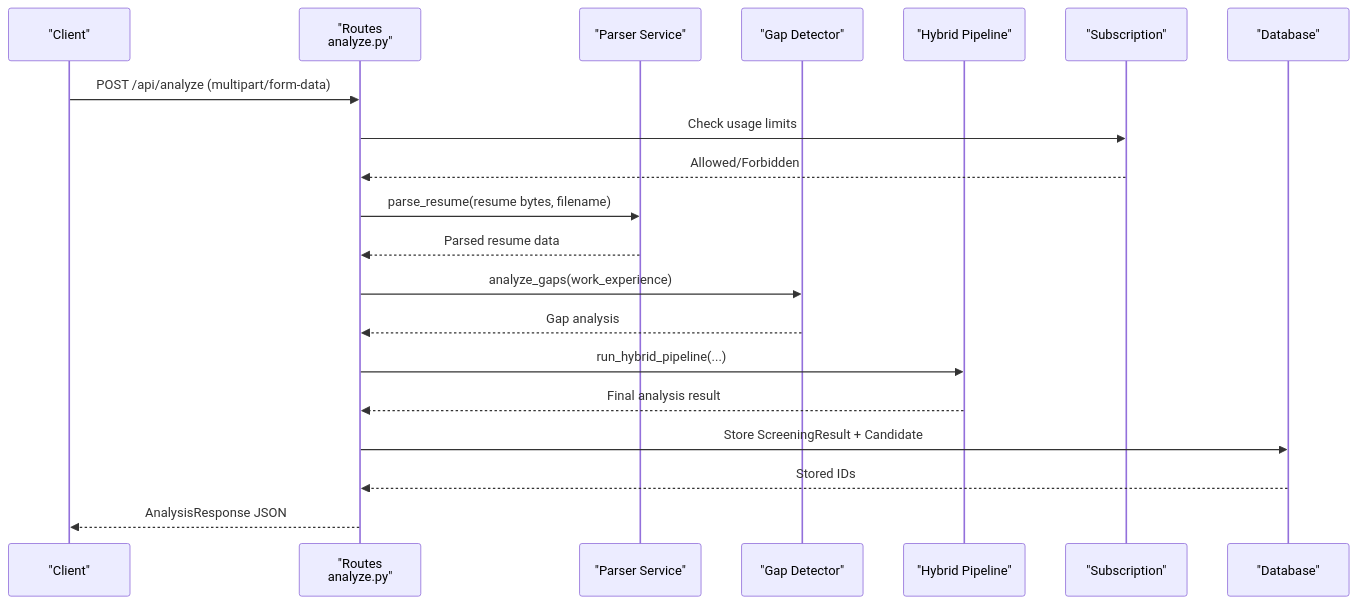
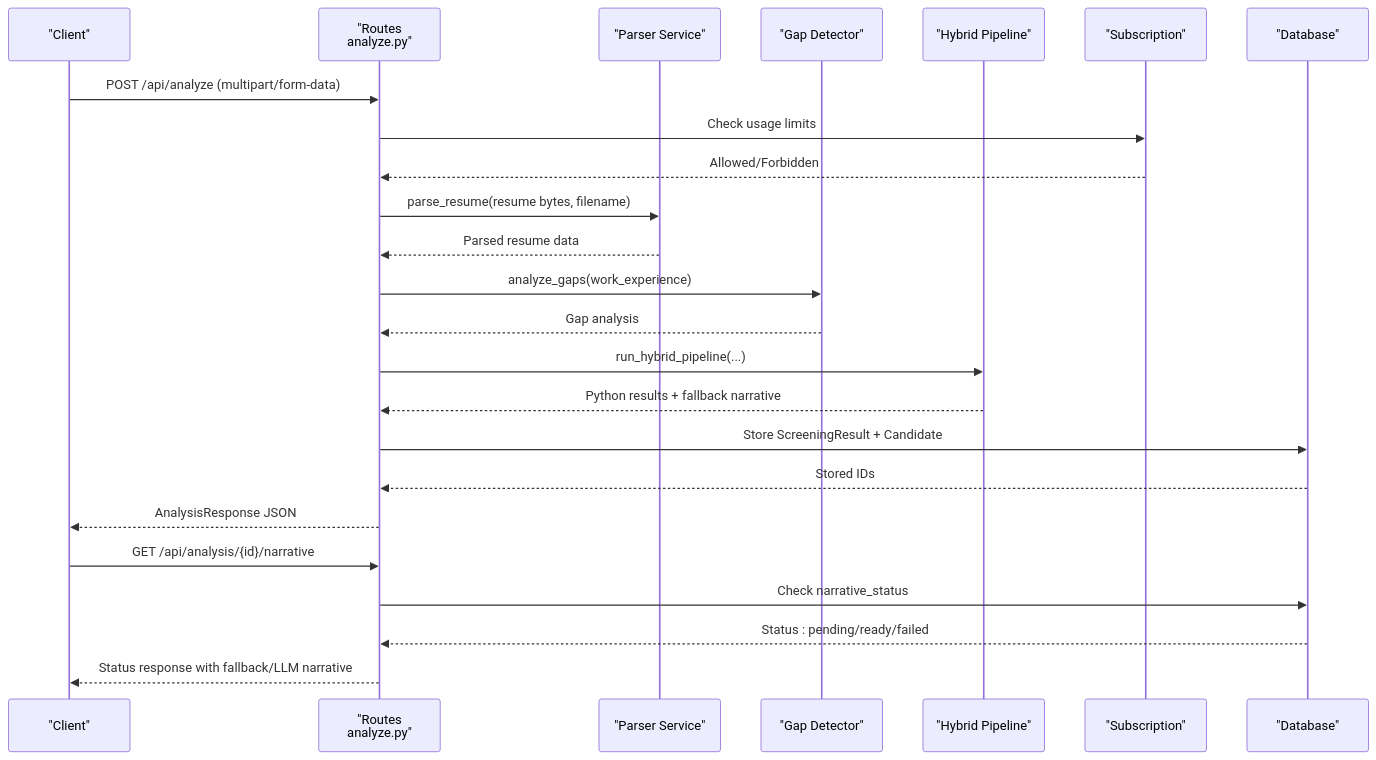
Before and after one commit to Revanththetalogics/aireume: the second of 3 diagrams in .qoder/repowiki/en/content/API Reference/Analysis Endpoints/Analysis Endpoints.md, drawn with Mermaid. The commit also changed other lines of this file and 15 other files, not shown here.

````diff
--- a/.qoder/repowiki/en/content/API Reference/Analysis Endpoints/Analysis Endpoints.md
+++ b/.qoder/repowiki/en/content/API Reference/Analysis Endpoints/Analysis Endpoints.md
@@ -101,22 +113,26 @@
 ```mermaid
 sequenceDiagram
 participant C as "Client"
 participant R as "Routes<br/>analyze.py"
 participant P as "Parser Service"
 participant G as "Gap Detector"
 participant H as "Hybrid Pipeline"
 participant S as "Subscription"
 participant D as "Database"
 C->>R : POST /api/analyze (multipart/form-data)
 R->>S : Check usage limits
 S-->>R : Allowed/Forbidden
 R->>P : parse_resume(resume bytes, filename)
 P-->>R : Parsed resume data
 R->>G : analyze_gaps(work_experience)
 G-->>R : Gap analysis
 R->>H : run_hybrid_pipeline(...)
-H-->>R : Final analysis result
+H-->>R : Python results + fallback narrative
 R->>D : Store ScreeningResult + Candidate
 D-->>R : Stored IDs
 R-->>C : AnalysisResponse JSON
+C->>R : GET /api/analysis/{id}/narrative
+R->>D : Check narrative_status
+D-->>R : Status : pending/ready/failed
+R-->>C : Status response with fallback/LLM narrative
 ```
````
